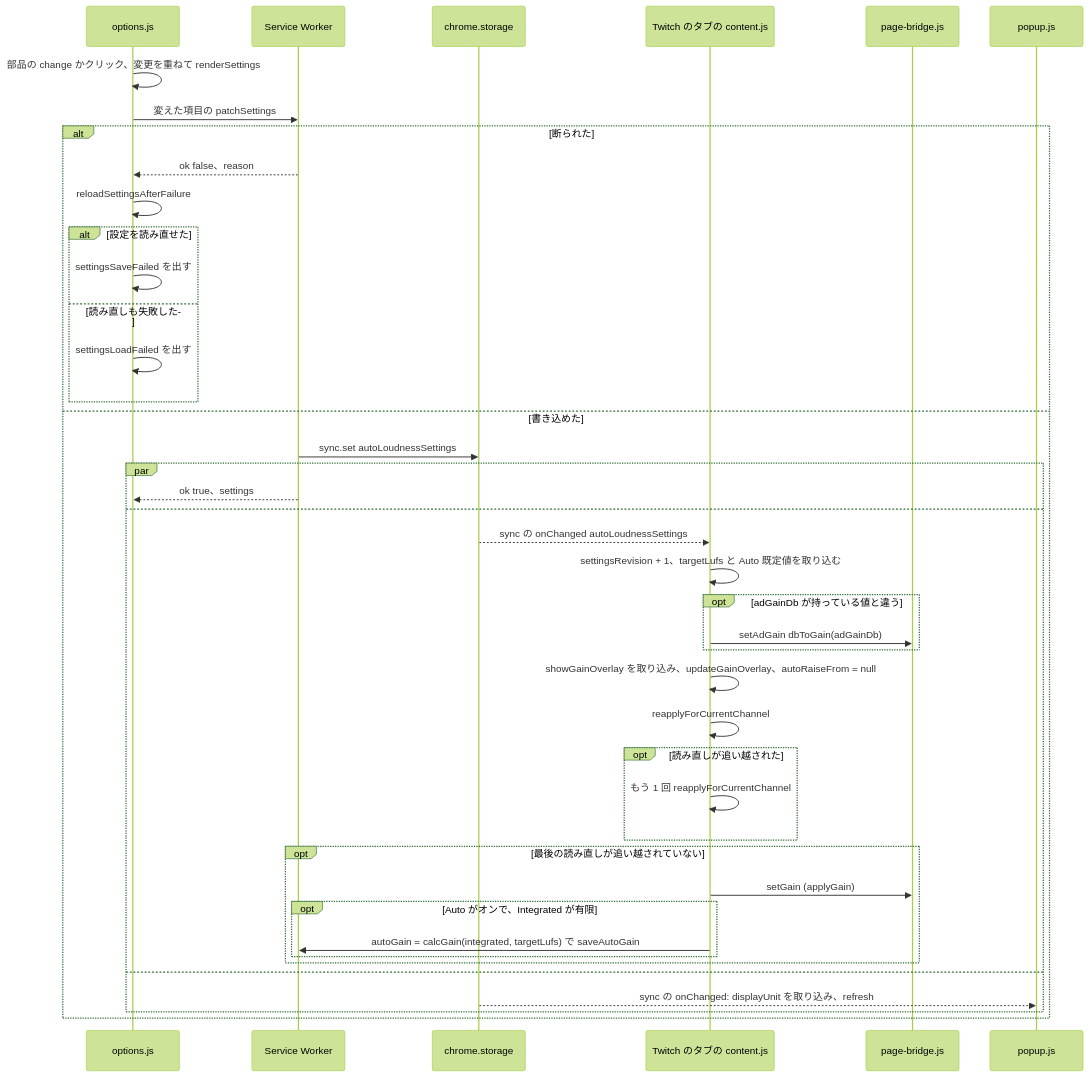
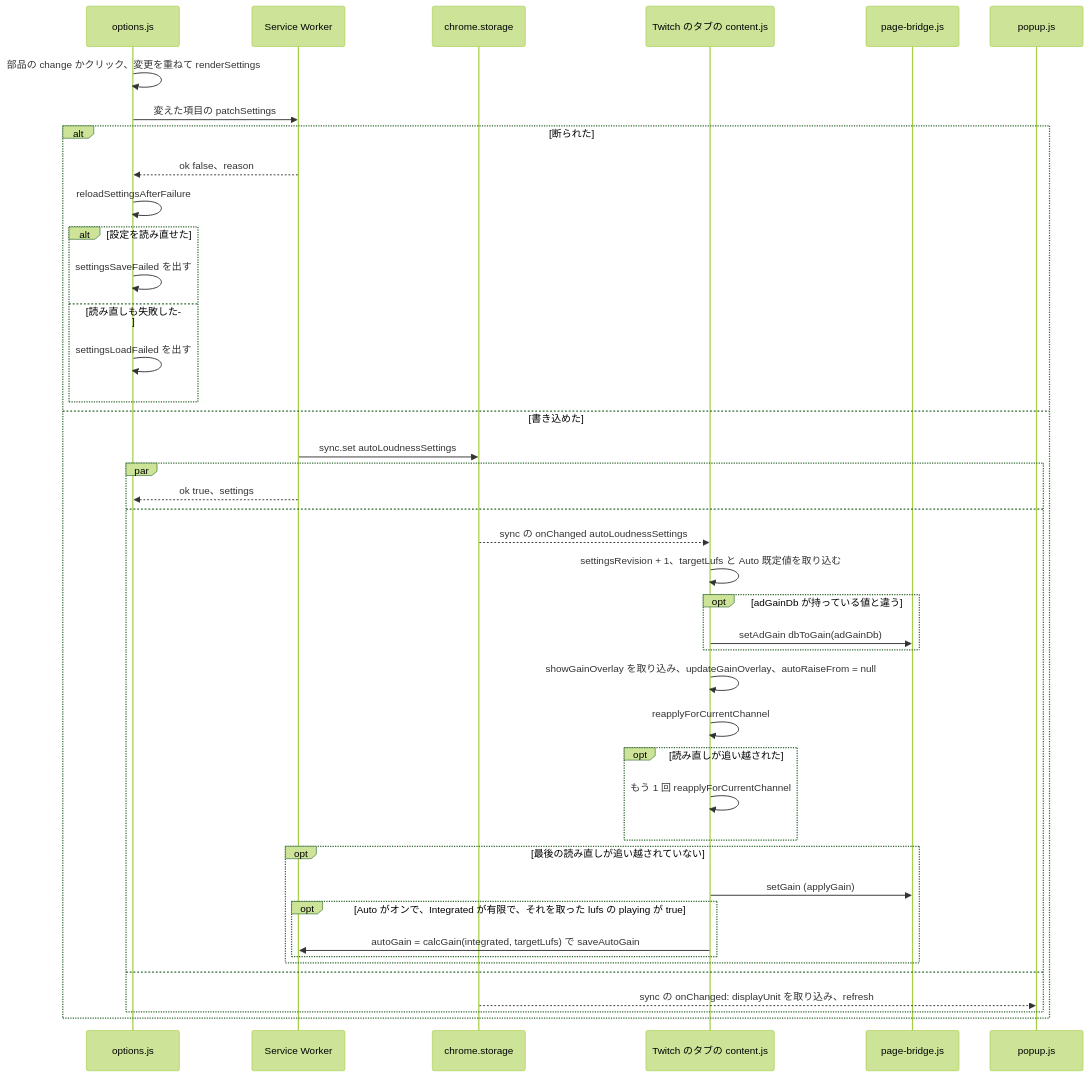
Diagram 13 of 17 in docs/gain-change-and-save.ja.md (semnil/twitch-channel-volume), drawn with Mermaid (forest theme) before and after one commit. The commit also changed other lines of this file and 5 other files, not shown here.

First line of the commit message:
fix: save the Auto gain a settings change gives only from a playing tab

````diff
--- a/docs/gain-change-and-save.ja.md
+++ b/docs/gain-change-and-save.ja.md
@@ -552,44 +552,44 @@
 ```mermaid
 sequenceDiagram
   participant options as options.js
   participant sw as Service Worker
   participant storage as chrome.storage
   participant content as Twitch のタブの content.js
   participant bridge as page-bridge.js
   participant popup as popup.js
   options->>options: 部品の change かクリック、変更を重ねて renderSettings
   options->>sw: 変えた項目の patchSettings
   alt 断られた
     sw-->>options: ok false、reason
     options->>options: reloadSettingsAfterFailure
     alt 設定を読み直せた
       options->>options: settingsSaveFailed を出す
     else 読み直しも失敗した
       options->>options: settingsLoadFailed を出す
     end
   else 書き込めた
     sw->>storage: sync.set autoLoudnessSettings
     par
       sw-->>options: ok true、settings
     and
       storage-->>content: sync の onChanged autoLoudnessSettings
       content->>content: settingsRevision + 1、targetLufs と Auto 既定値を取り込む
       opt adGainDb が持っている値と違う
         content->>bridge: setAdGain dbToGain(adGainDb)
       end
       content->>content: showGainOverlay を取り込み、updateGainOverlay、autoRaiseFrom = null
       content->>content: reapplyForCurrentChannel
       opt 読み直しが追い越された
         content->>content: もう 1 回 reapplyForCurrentChannel
       end
       opt 最後の読み直しが追い越されていない
         content->>bridge: setGain (applyGain)
-        opt Auto がオンで、Integrated が有限
+        opt Auto がオンで、Integrated が有限で、それを取った lufs の playing が true
           content->>sw: autoGain = calcGain(integrated, targetLufs) で saveAutoGain
         end
       end
     and
       storage-->>popup: sync の onChanged: displayUnit を取り込み、refresh
     end
   end
 ```
````
